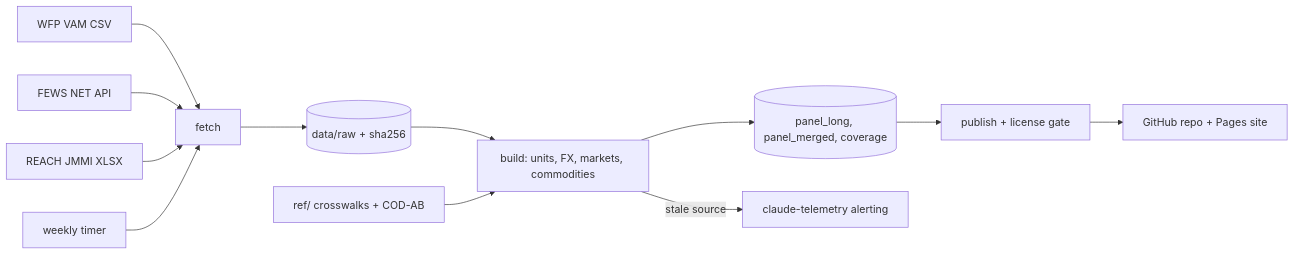
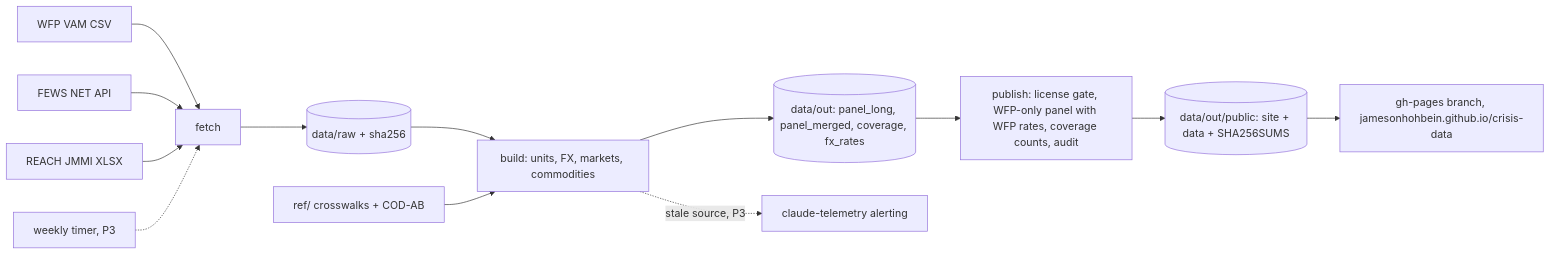
One commit to jamesonhohbein/crisis-data changed the diagram in ARCHITECTURE.md. Above: the diagram before and after it, drawn with Mermaid. The commit also changed other lines of this file and 5 other files, not shown here.

First line of the commit message:
Record P2: WFP-only public panel, site, attribution

````diff
--- a/ARCHITECTURE.md
+++ b/ARCHITECTURE.md
@@ -7,14 +8,15 @@
 ```mermaid
 flowchart LR
   WFP[WFP VAM CSV] --> F[fetch]
   FEWS[FEWS NET API] --> F
   JMMI[REACH JMMI XLSX] --> F
   F --> RAW[(data/raw + sha256)]
   RAW --> B[build: units, FX, markets, commodities]
   REF[ref/ crosswalks + COD-AB] --> B
-  B --> P[(panel_long, panel_merged, coverage)]
-  P --> PUB[publish + license gate]
-  PUB --> GH[GitHub repo + Pages site]
-  T[weekly timer] --> F
-  B -->|stale source| AL[claude-telemetry alerting]
+  B --> P[(data/out: panel_long, panel_merged, coverage, fx_rates)]
+  P --> PUB[publish: license gate, WFP-only panel with WFP rates, coverage counts, audit]
+  PUB --> BUN[(data/out/public: site + data + SHA256SUMS)]
+  BUN --> GH[gh-pages branch, jamesonhohbein.github.io/crisis-data]
+  T[weekly timer, P3] -.-> F
+  B -.->|stale source, P3| AL[claude-telemetry alerting]
 ```
````
